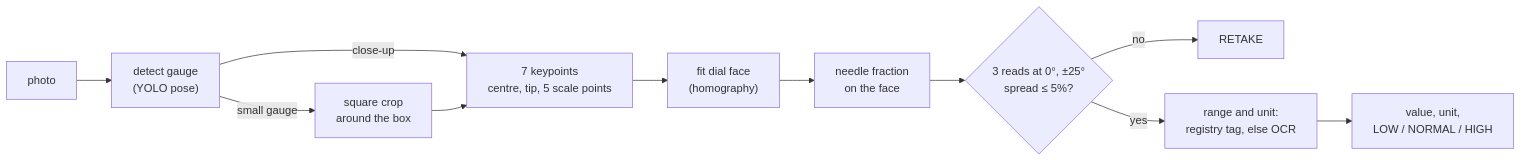
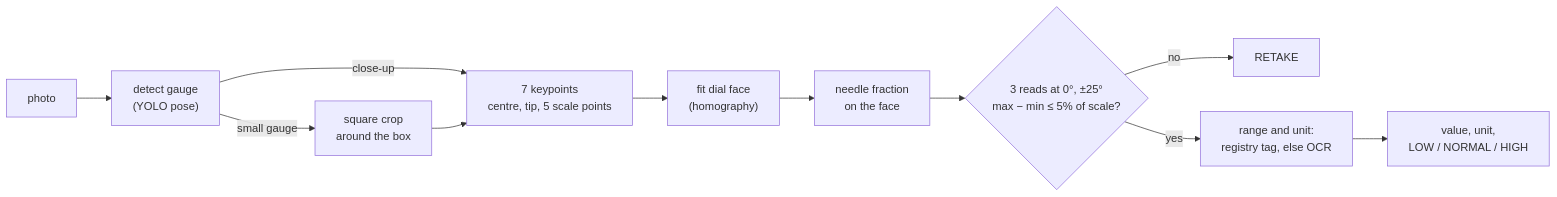
Before and after one commit to uhyon/mv2npp-gauge-reading: the diagram in README.md, drawn with Mermaid. The commit also changed other lines of this file and 1 other file, not shown here.

First line of the commit message:
Spell out the RETAKE spread rule: max − min of the three reads > 5% of scale

````diff
--- a/README.md
+++ b/README.md
@@ -76,13 +76,13 @@
 ```mermaid
 flowchart LR
     A[photo] --> B["detect gauge<br/>(YOLO pose)"]
     B -->|small gauge| C["square crop<br/>around the box"]
     B -->|close-up| D
     C --> D["7 keypoints<br/>centre, tip, 5 scale points"]
     D --> E["fit dial face<br/>(homography)"]
     E --> F["needle fraction<br/>on the face"]
-    F --> G{"3 reads at 0°, ±25°<br/>spread ≤ 5%?"}
+    F --> G{"3 reads at 0°, ±25°<br/>max − min ≤ 5% of scale?"}
     G -->|no| R[RETAKE]
     G -->|yes| H["range and unit:<br/>registry tag, else OCR"]
     H --> I["value, unit,<br/>LOW / NORMAL / HIGH"]
 ```
````
